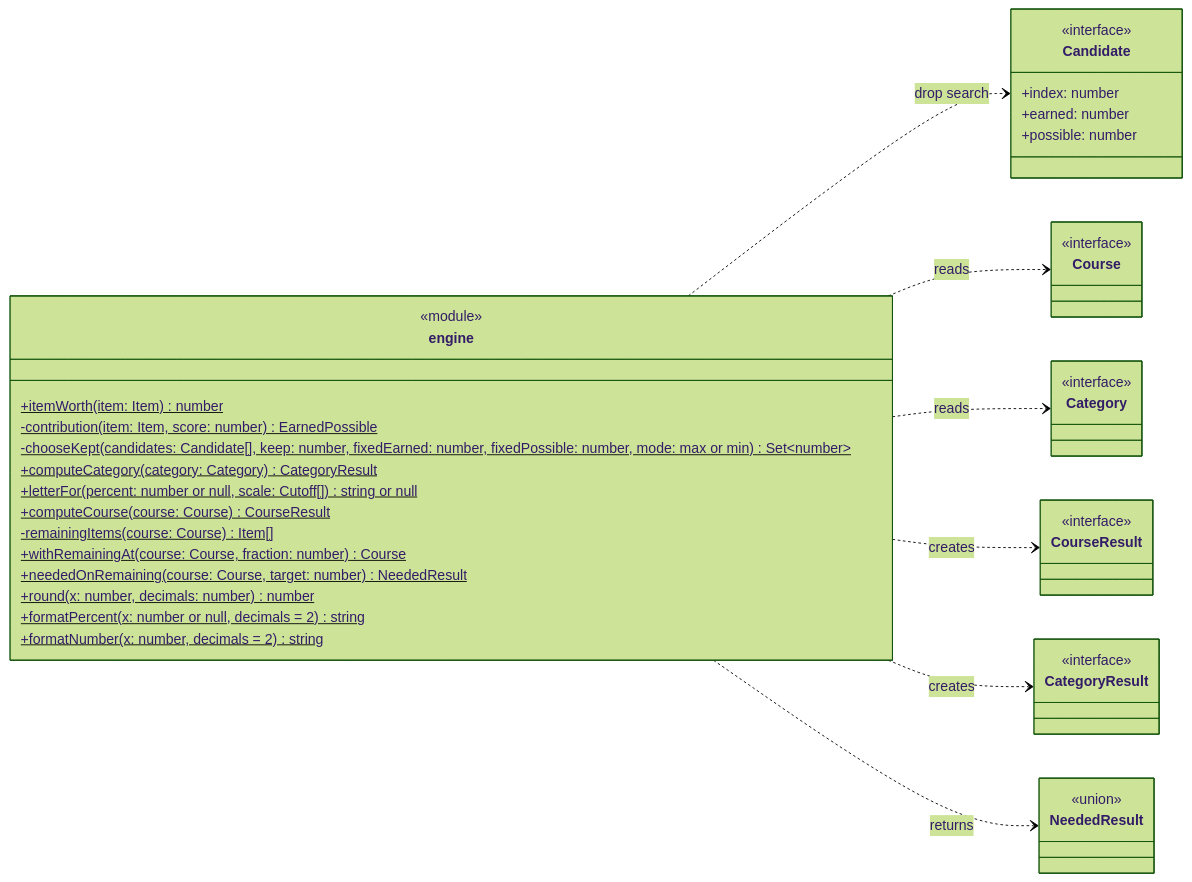
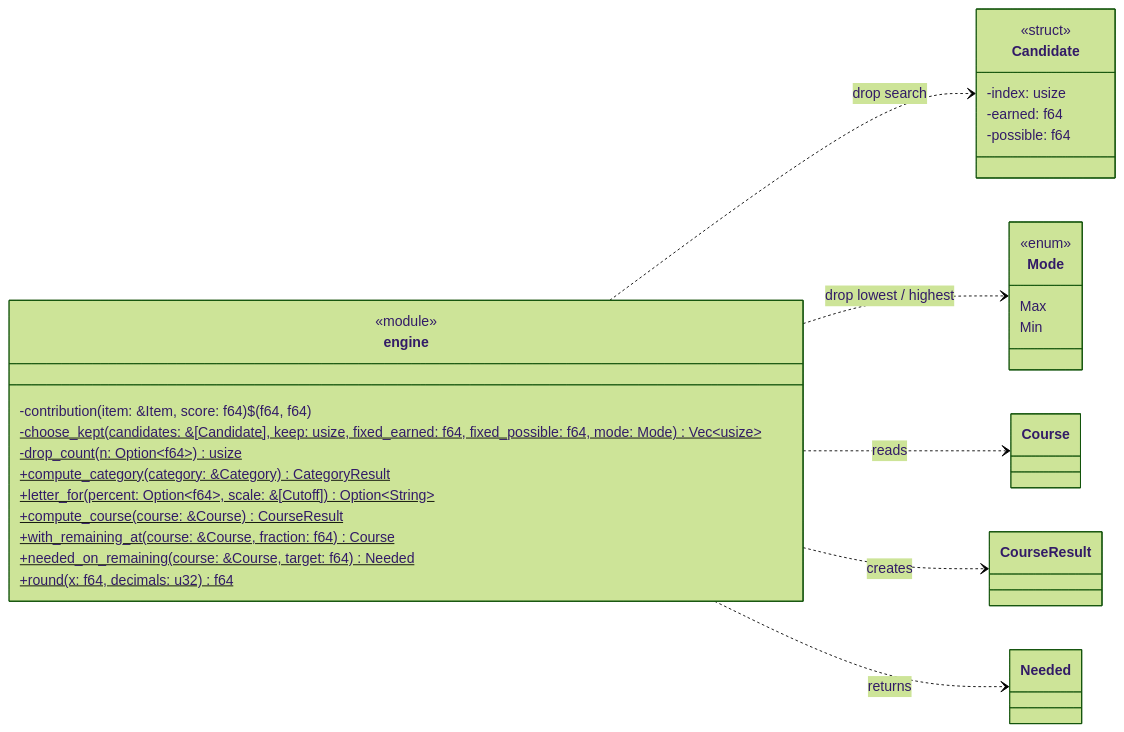
Before and after one commit to Patman1O1/grade-calculator: the fourth of 8 diagrams in docs/uml.md, drawn with Mermaid (forest theme). The commit also changed other lines of this file and 45 other files, not shown here.

````diff
--- a/docs/uml.md
+++ b/docs/uml.md
@@ -185,46 +182,32 @@
 ```mermaid
 classDiagram
   direction LR
   class engine {
     <<module>>
-    +itemWorth(item: Item)$ number
-    -contribution(item: Item, score: number)$ EarnedPossible
-    -chooseKept(candidates: Candidate[], keep: number, fixedEarned: number, fixedPossible: number, mode: max or min)$ Set~number~
-    +computeCategory(category: Category)$ CategoryResult
-    +letterFor(percent: number or null, scale: Cutoff[])$ string or null
-    +computeCourse(course: Course)$ CourseResult
-    -remainingItems(course: Course)$ Item[]
-    +withRemainingAt(course: Course, fraction: number)$ Course
-    +neededOnRemaining(course: Course, target: number)$ NeededResult
-    +round(x: number, decimals: number)$ number
-    +formatPercent(x: number or null, decimals = 2)$ string
-    +formatNumber(x: number, decimals = 2)$ string
+    -contribution(item: &Item, score: f64)$ (f64, f64)
+    -choose_kept(candidates: &[Candidate], keep: usize, fixed_earned: f64, fixed_possible: f64, mode: Mode)$ Vec~usize~
+    -drop_count(n: Option~f64~)$ usize
+    +compute_category(category: &Category)$ CategoryResult
+    +letter_for(percent: Option~f64~, scale: &[Cutoff])$ Option~String~
+    +compute_course(course: &Course)$ CourseResult
+    +with_remaining_at(course: &Course, fraction: f64)$ Course
+    +needed_on_remaining(course: &Course, target: f64)$ Needed
+    +round(x: f64, decimals: u32)$ f64
   }
   class Candidate {
-    <<interface>>
-    +index: number
-    +earned: number
-    +possible: number
+    <<struct>>
+    -index: usize
+    -earned: f64
+    -possible: f64
   }
-  class Course {
-    <<interface>>
-  }
-  class Category {
-    <<interface>>
-  }
-  class CourseResult {
-    <<interface>>
-  }
-  class CategoryResult {
-    <<interface>>
-  }
-  class NeededResult {
-    <<union>>
+  class Mode {
+    <<enum>>
+    Max
+    Min
   }
   engine ..> Candidate : drop search
+  engine ..> Mode : drop lowest / highest
   engine ..> Course : reads
-  engine ..> Category : reads
   engine ..> CourseResult : creates
-  engine ..> CategoryResult : creates
-  engine ..> NeededResult : returns
+  engine ..> Needed : returns
 ```
````
